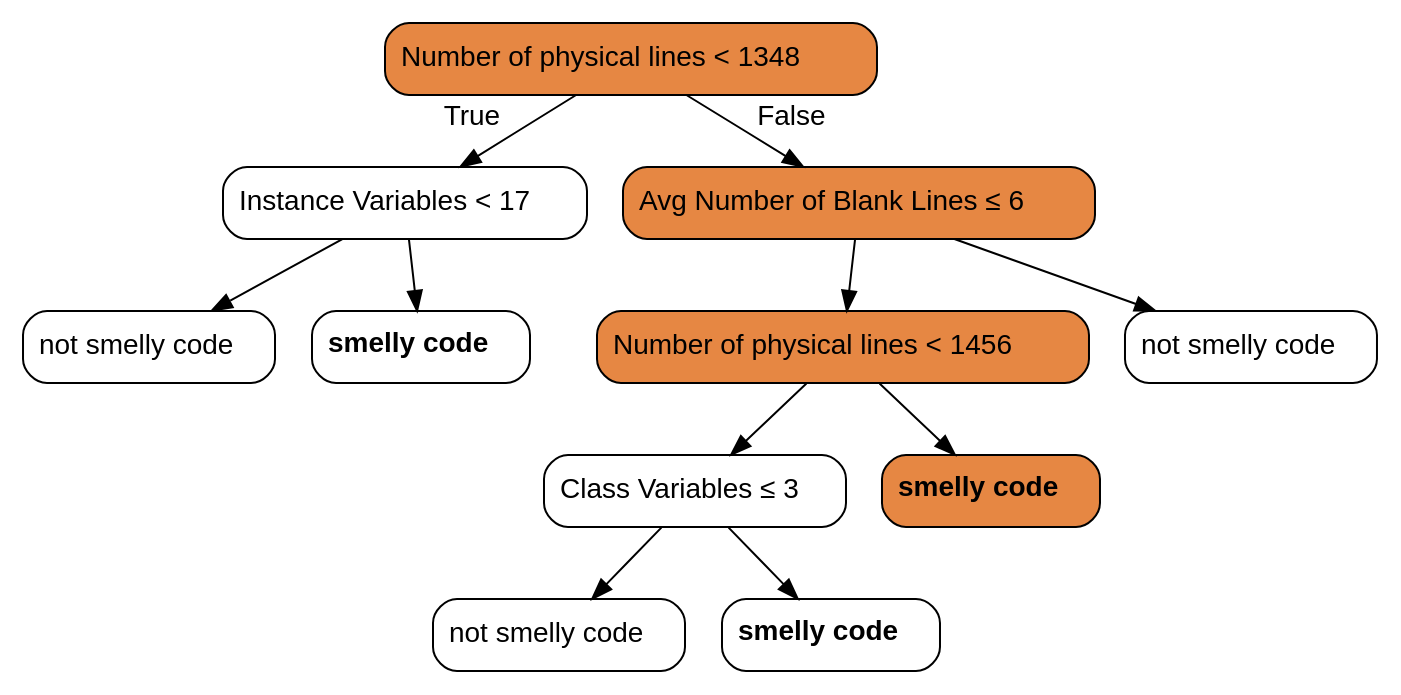
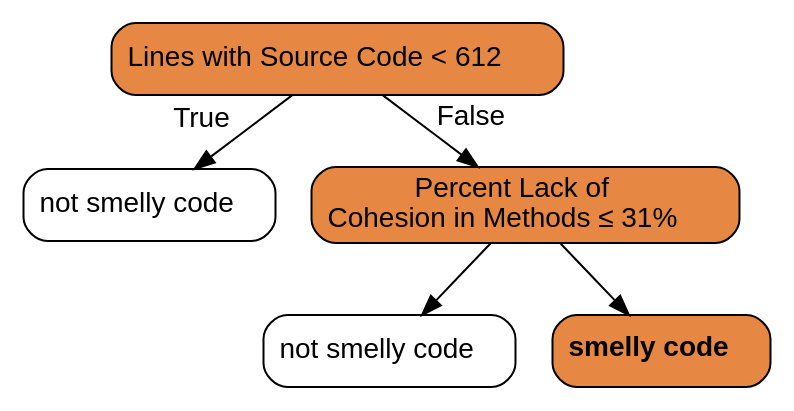
One commit to christianorossini/masterProject changed the diagram in artefatos/models/filtered-dt/gc.dot. Above: the diagram before and after it, drawn with Graphviz. The commit also changed 9 other files, not shown here.

```diff
--- a/artefatos/models/filtered-dt/gc.dot
+++ b/artefatos/models/filtered-dt/gc.dot
@@ -1,25 +1,13 @@
 digraph Tree {
 node [color="black", fontname=helvetica, shape=box,  style="filled, rounded", fillcolor="#FFFFFF"];
 edge [fontname=helvetica];
-0 [label=<Number of physical lines &lt; 1348>, fillcolor="#e68743"];
-1 [label=<Instance Variables &lt; 17>];
+0 [label=<Lines with Source Code &lt; 612>, fillcolor="#e68743"];
+1 [label=<not smelly code>];
 0 -> 1  [headlabel="True", labelangle=45, labeldistance="2.5"];
+2 [label=<Percent Lack of <br/>Cohesion in Methods &le; 31%>, fillcolor="#e68743"];
+0 -> 2  [headlabel="False", labelangle="-45", labeldistance="2.5"];
 3 [label=<not smelly code>];
-1 -> 3;
-4 [label=<<b>smelly code</b>>];
-1 -> 4;
-2 [label=<Avg Number of Blank Lines &le; 6>, fillcolor="#e68743"];
-0 -> 2  [headlabel="False", labelangle="-45", labeldistance="2.5"];
-5 [label=<Number of physical lines &lt; 1456>, fillcolor="#e68743"];
-2 -> 5;
-7 [label=<Class Variables &le; 3>];
-5 -> 7;
-9 [label=<not smelly code>];
-7 -> 9;
-10 [label=<<b>smelly code</b>>];
-7 -> 10;
-8 [label=<<b>smelly code</b>>, fillcolor="#e68743"];
-5 -> 8;
-6 [label=<not smelly code>];
-2 -> 6;
+2 -> 3;
+4 [label=<<b>smelly code</b>>, fillcolor="#e68743"];
+2 -> 4;
 }
```
